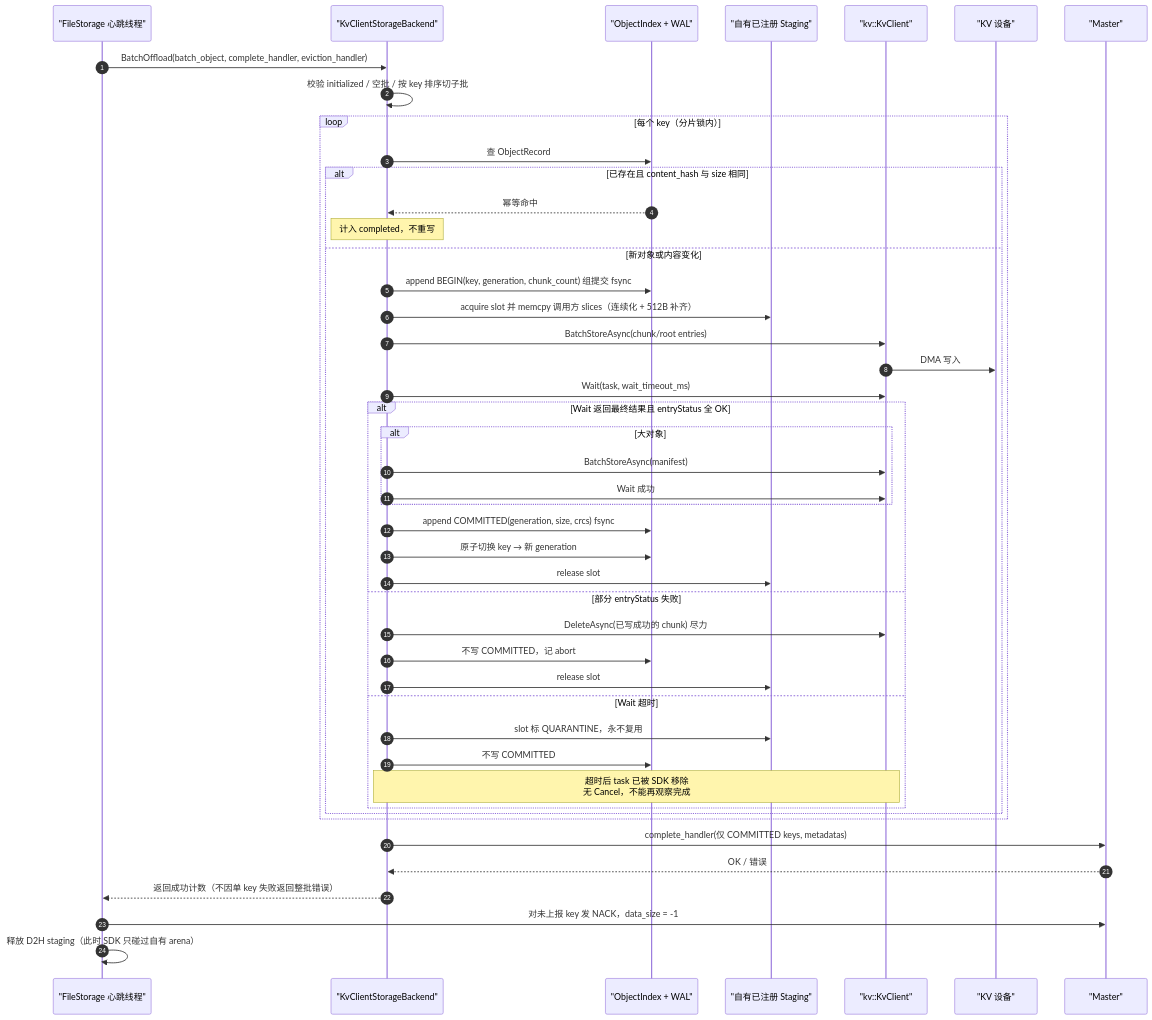
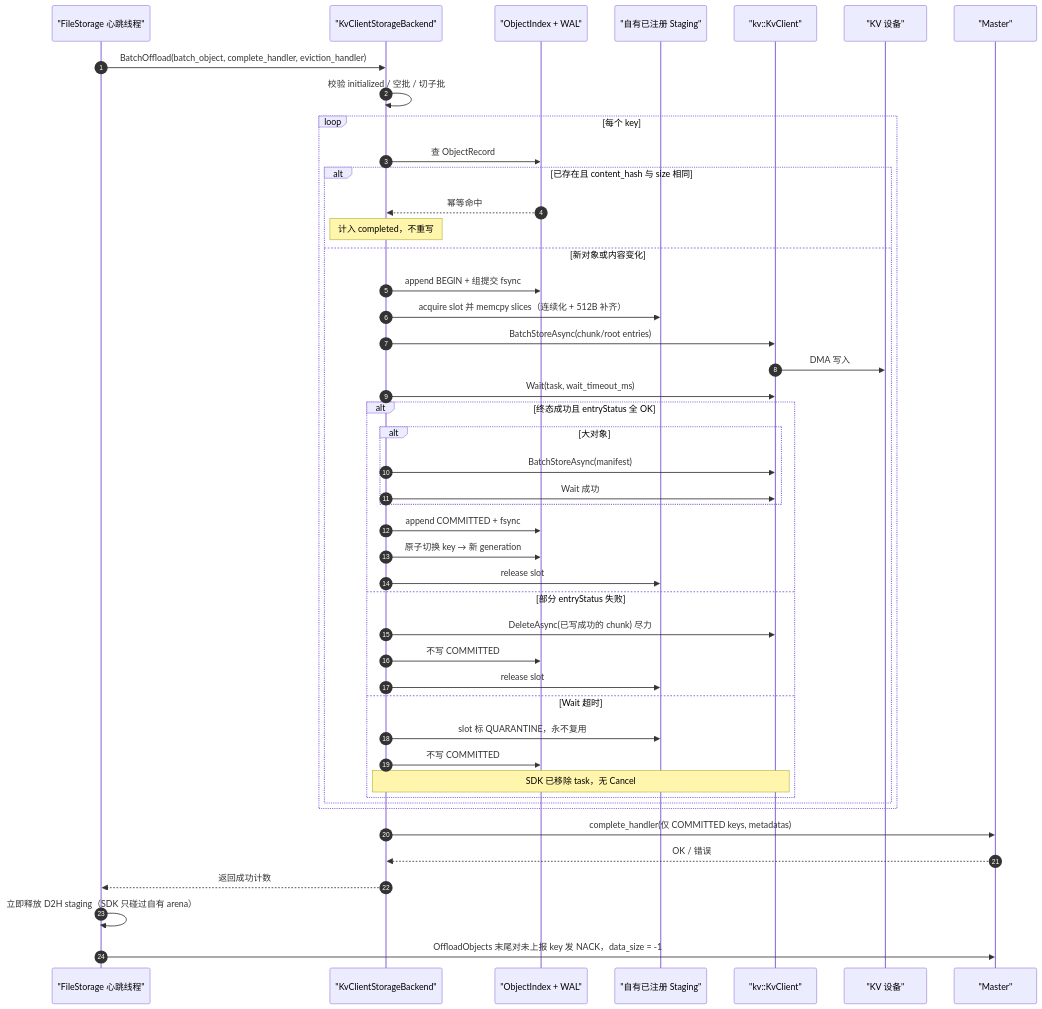
Before and after one commit to zwj20000328-dotcom/Mooncake-documents: the fourth of 9 diagrams in kvclient 作为 StorageBackendInterface 的设计与实验方案.md, drawn with Mermaid. The commit also changed other lines of this file and 3 other files, not shown here.

````diff
--- a/kvclient 作为 StorageBackendInterface 的设计与实验方案.md
+++ b/kvclient 作为 StorageBackendInterface 的设计与实验方案.md
@@ -388,49 +601,49 @@
 ```mermaid
 sequenceDiagram
     autonumber
     participant FS as "FileStorage 心跳线程"
     participant BE as "KvClientStorageBackend"
     participant IDX as "ObjectIndex + WAL"
     participant AR as "自有已注册 Staging"
     participant KC as "kv::KvClient"
     participant DEV as "KV 设备"
     participant MS as "Master"
 
     FS->>BE: BatchOffload(batch_object, complete_handler, eviction_handler)
-    BE->>BE: 校验 initialized / 空批 / 按 key 排序切子批
-    loop 每个 key（分片锁内）
+    BE->>BE: 校验 initialized / 空批 / 切子批
+    loop 每个 key
         BE->>IDX: 查 ObjectRecord
         alt 已存在且 content_hash 与 size 相同
             IDX-->>BE: 幂等命中
             Note over BE: 计入 completed，不重写
         else 新对象或内容变化
-            BE->>IDX: append BEGIN(key, generation, chunk_count) 组提交 fsync
-            BE->>AR: acquire slot 并 memcpy 调用方 slices（连续化 + 512B 补齐）
+            BE->>IDX: append BEGIN + 组提交 fsync
+            BE->>AR: acquire slot 并 memcpy slices（连续化 + 512B 补齐）
             BE->>KC: BatchStoreAsync(chunk/root entries)
             KC->>DEV: DMA 写入
             BE->>KC: Wait(task, wait_timeout_ms)
-            alt Wait 返回最终结果且 entryStatus 全 OK
+            alt 终态成功且 entryStatus 全 OK
                 alt 大对象
                     BE->>KC: BatchStoreAsync(manifest)
                     BE->>KC: Wait 成功
                 end
-                BE->>IDX: append COMMITTED(generation, size, crcs) fsync
+                BE->>IDX: append COMMITTED + fsync
                 BE->>IDX: 原子切换 key → 新 generation
                 BE->>AR: release slot
             else 部分 entryStatus 失败
                 BE->>KC: DeleteAsync(已写成功的 chunk) 尽力
-                BE->>IDX: 不写 COMMITTED，记 abort
+                BE->>IDX: 不写 COMMITTED
                 BE->>AR: release slot
             else Wait 超时
                 BE->>AR: slot 标 QUARANTINE，永不复用
                 BE->>IDX: 不写 COMMITTED
-                Note over BE,KC: 超时后 task 已被 SDK 移除<br/>无 Cancel，不能再观察完成
+                Note over BE,KC: SDK 已移除 task，无 Cancel
             end
         end
     end
     BE->>MS: complete_handler(仅 COMMITTED keys, metadatas)
     MS-->>BE: OK / 错误
-    BE-->>FS: 返回成功计数（不因单 key 失败返回整批错误）
-    FS->>MS: 对未上报 key 发 NACK，data_size = -1
-    FS->>FS: 释放 D2H staging（此时 SDK 只碰过自有 arena）
+    BE-->>FS: 返回成功计数
+    FS->>FS: 立即释放 D2H staging（SDK 只碰过自有 arena）
+    FS->>MS: OffloadObjects 末尾对未上报 key 发 NACK，data_size = -1
 ```
````
